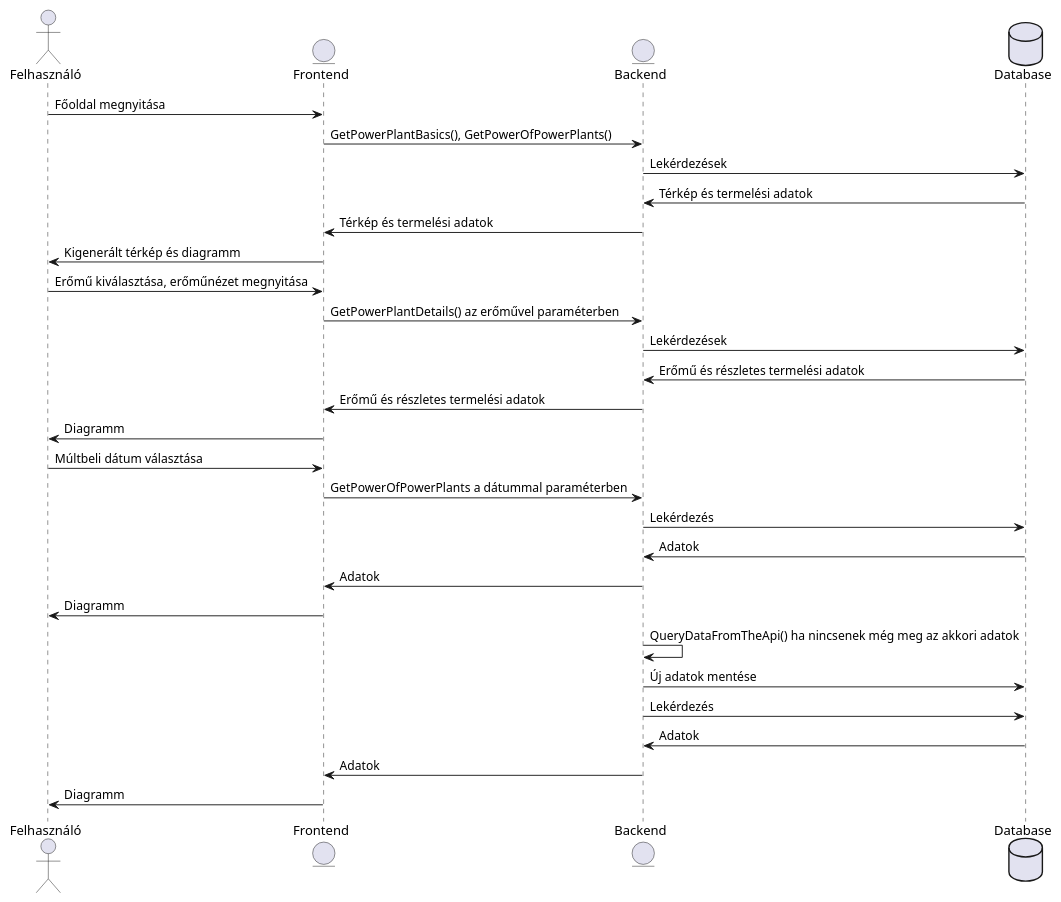
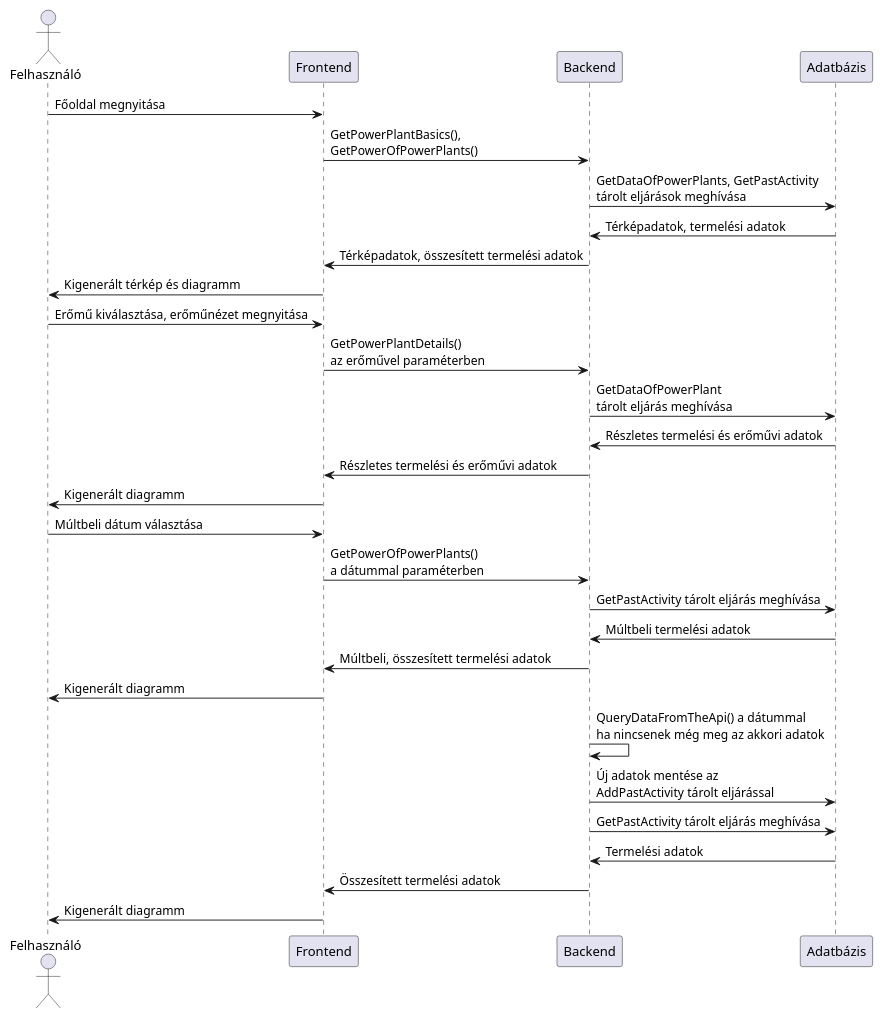
One commit to danield0ma/PowerPlantMap changed the diagram in PlantUML/Sequence.plantuml. Above: the diagram before and after it, drawn with PlantUML. The commit also changed 5 other files, not shown here.

Commit message:
Tests and uml diagrams

```diff
--- a/PlantUML/Sequence.plantuml
+++ b/PlantUML/Sequence.plantuml
@@ -1,33 +1,30 @@
 @startuml sequence
-actor       Felhasználó as user
-entity      Frontend    as fe
-entity      Backend     as be
-database    Database    as db
+actor Felhasználó as user
 
-user -> fe : Főoldal megnyitása
-fe -> be : GetPowerPlantBasics(), GetPowerOfPowerPlants()
-be -> db : Lekérdezések
-db -> be : Térkép és termelési adatok
-be -> fe : Térkép és termelési adatok
-fe -> user : Kigenerált térkép és diagramm
+user -> Frontend : Főoldal megnyitása
+Frontend -> Backend : GetPowerPlantBasics(),\nGetPowerOfPowerPlants()
+Backend -> Adatbázis : GetDataOfPowerPlants, GetPastActivity\ntárolt eljárások meghívása
+Adatbázis -> Backend : Térképadatok, termelési adatok
+Backend -> Frontend : Térképadatok, összesített termelési adatok
+Frontend -> user : Kigenerált térkép és diagramm
 
-user -> fe : Erőmű kiválasztása, erőműnézet megnyitása
-fe -> be : GetPowerPlantDetails() az erőművel paraméterben
-be -> db : Lekérdezések
-db -> be : Erőmű és részletes termelési adatok
-be -> fe : Erőmű és részletes termelési adatok
-fe -> user : Diagramm
+user -> Frontend : Erőmű kiválasztása, erőműnézet megnyitása
+Frontend -> Backend : GetPowerPlantDetails()\naz erőművel paraméterben
+Backend -> Adatbázis : GetDataOfPowerPlant\ntárolt eljárás meghívása
+Adatbázis -> Backend : Részletes termelési és erőművi adatok
+Backend -> Frontend : Részletes termelési és erőművi adatok
+Frontend -> user : Kigenerált diagramm
 
-user -> fe : Múltbeli dátum választása
-fe -> be : GetPowerOfPowerPlants a dátummal paraméterben
-be -> db : Lekérdezés
-db -> be : Adatok
-be -> fe : Adatok
-fe -> user : Diagramm
-be -> be : QueryDataFromTheApi() ha nincsenek még meg az akkori adatok
-be -> db : Új adatok mentése
-be -> db : Lekérdezés
-db -> be : Adatok
-be -> fe : Adatok
-fe -> user : Diagramm
+user -> Frontend : Múltbeli dátum választása
+Frontend -> Backend : GetPowerOfPowerPlants()\na dátummal paraméterben
+Backend -> Adatbázis : GetPastActivity tárolt eljárás meghívása
+Adatbázis -> Backend : Múltbeli termelési adatok
+Backend -> Frontend : Múltbeli, összesített termelési adatok
+Frontend -> user : Kigenerált diagramm
+Backend -> Backend : QueryDataFromTheApi() a dátummal\nha nincsenek még meg az akkori adatok
+Backend -> Adatbázis : Új adatok mentése az\nAddPastActivity tárolt eljárással
+Backend -> Adatbázis : GetPastActivity tárolt eljárás meghívása
+Adatbázis -> Backend : Termelési adatok
+Backend -> Frontend : Összesített termelési adatok
+Frontend -> user : Kigenerált diagramm
 @enduml
```
